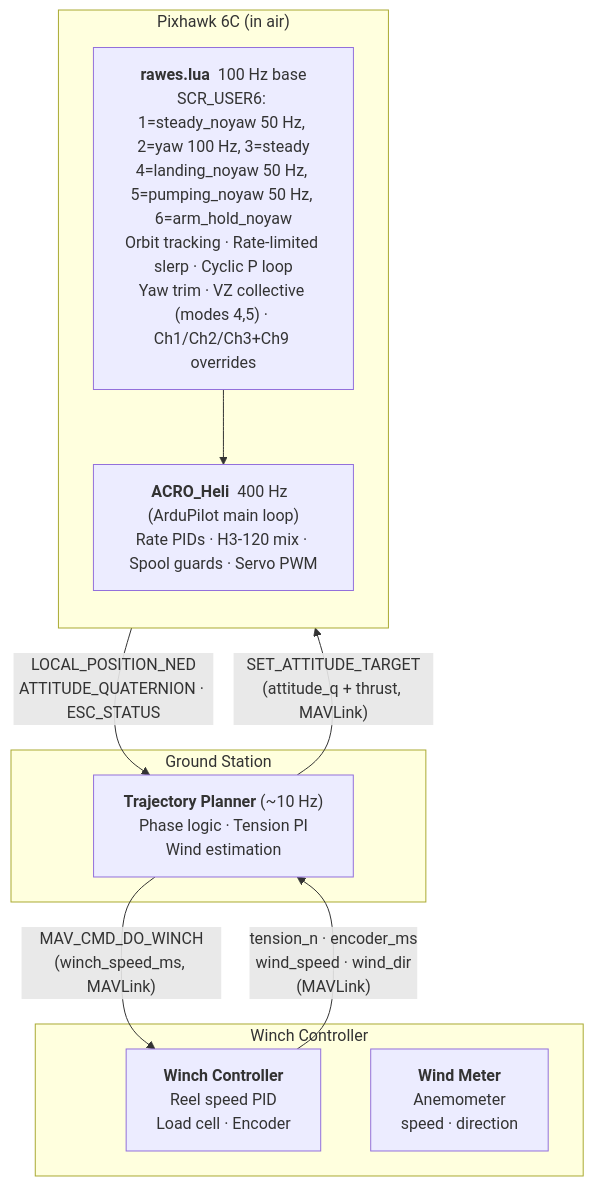
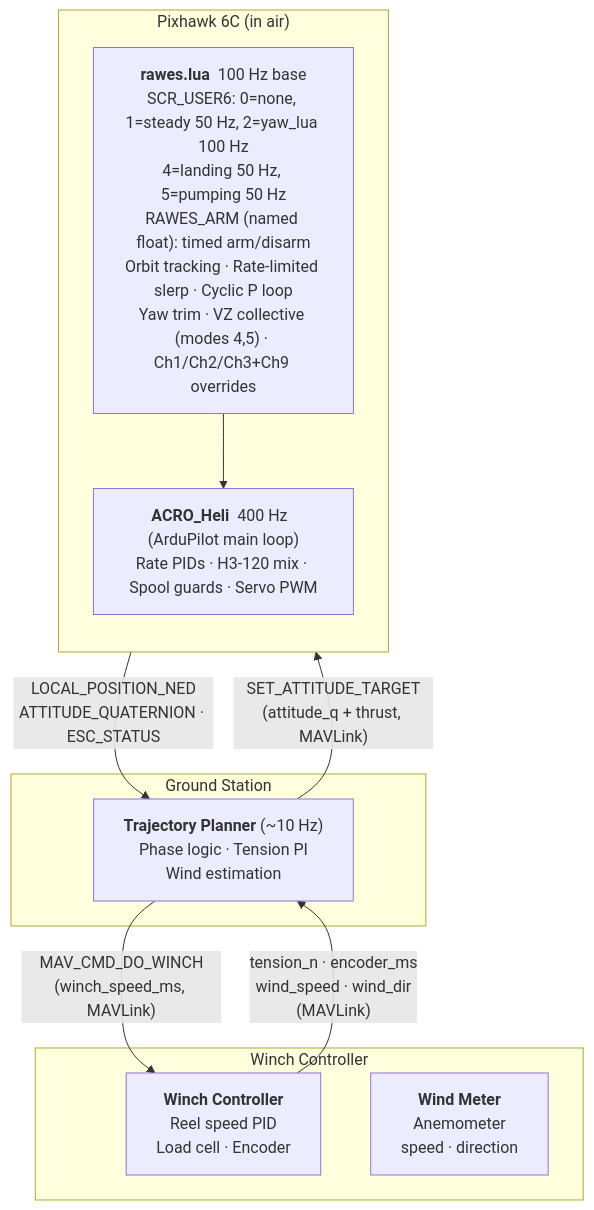
The first of 3 diagrams in system/stack.md (mcroomp/windpower), drawn with Mermaid before and after one commit. The commit also changed other lines of this file and 14 other files, not shown here.

````diff
--- a/system/stack.md
+++ b/system/stack.md
@@ -14,23 +14,23 @@
 ```mermaid
 flowchart TB
     subgraph WC["Winch Controller"]
         WCI["<b>Winch Controller</b><BR/>Reel speed PID<BR/>Load cell · Encoder"]
         WM["<b>Wind Meter</b><BR/>Anemometer<BR/>speed · direction"]
     end
 
     subgraph GS["Ground Station"]
         TP["<b>Trajectory Planner</b> (~10 Hz)<BR/>Phase logic · Tension PI<BR/>Wind estimation"]
     end
 
     subgraph PX["Pixhawk 6C (in air)"]
         direction TB
-        LUA["<b>rawes.lua</b>  100 Hz base<BR/>SCR_USER6: 1=steady_noyaw 50 Hz, 2=yaw 100 Hz, 3=steady<BR/>4=landing_noyaw 50 Hz, 5=pumping_noyaw 50 Hz, 6=arm_hold_noyaw<BR/>Orbit tracking · Rate-limited slerp · Cyclic P loop<BR/>Yaw trim · VZ collective (modes 4,5) · Ch1/Ch2/Ch3+Ch9 overrides"]
+        LUA["<b>rawes.lua</b>  100 Hz base<BR/>SCR_USER6: 0=none, 1=steady 50 Hz, 2=yaw_lua 100 Hz<BR/>4=landing 50 Hz, 5=pumping 50 Hz<BR/>RAWES_ARM (named float): timed arm/disarm<BR/>Orbit tracking · Rate-limited slerp · Cyclic P loop<BR/>Yaw trim · VZ collective (modes 4,5) · Ch1/Ch2/Ch3+Ch9 overrides"]
         ACRO["<b>ACRO_Heli</b>  400 Hz  (ArduPilot main loop)<BR/>Rate PIDs · H3-120 mix · Spool guards · Servo PWM"]
         LUA --> ACRO
     end
 
     TP -->|"MAV_CMD_DO_WINCH<BR/>(winch_speed_ms, MAVLink)"| WCI
     WCI -->|"tension_n · encoder_ms<BR/>wind_speed · wind_dir<BR/>(MAVLink)"| TP
     TP -->|"SET_ATTITUDE_TARGET<BR/>(attitude_q + thrust, MAVLink)"| PX
     PX -->|"LOCAL_POSITION_NED<BR/>ATTITUDE_QUATERNION · ESC_STATUS"| TP
 ```
````
